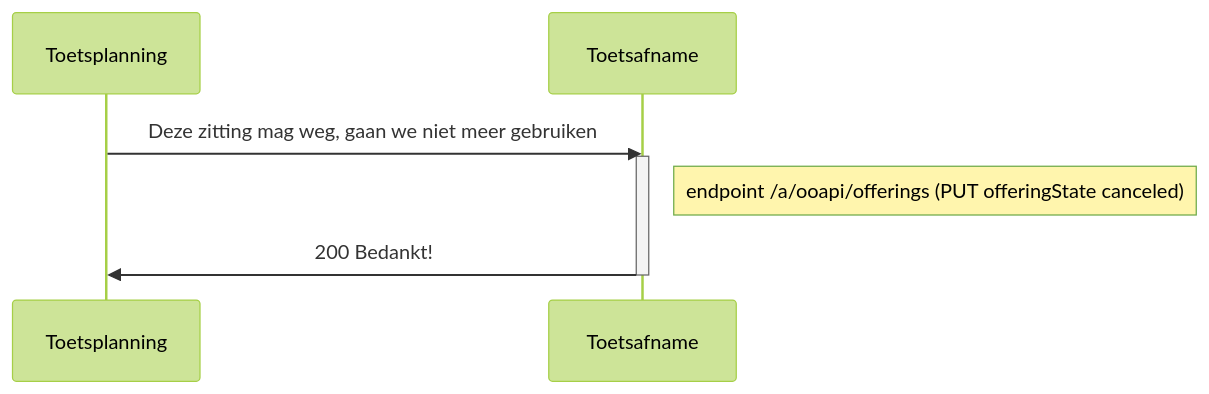
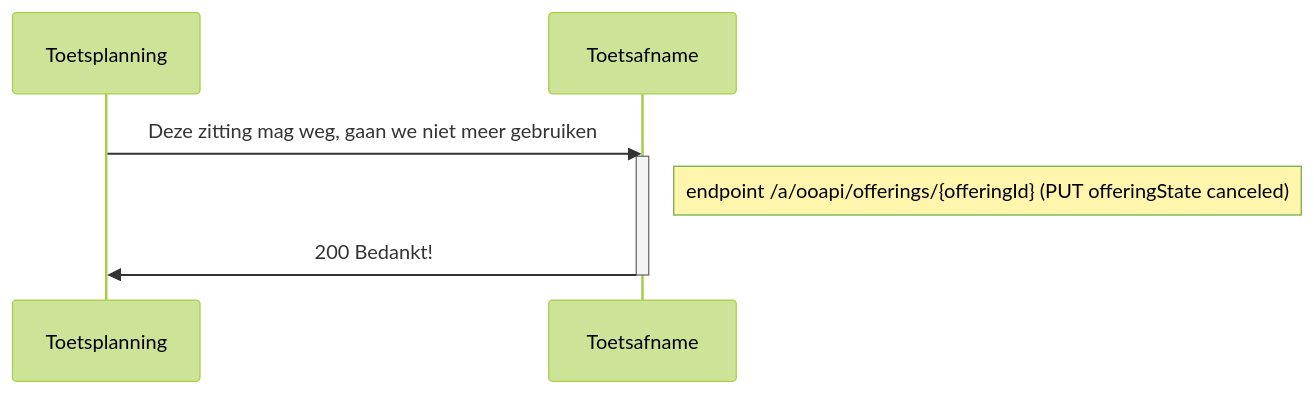
The seventh of 8 diagrams in doc/flow2.md (NetwerkExamineringDigitalisering/NED-OOAPI), drawn with Mermaid (forest theme) before and after one commit. The commit also changed other lines of this file, not shown here.

First line of the commit message:
Update flow2.md

````diff
--- a/doc/flow2.md
+++ b/doc/flow2.md
@@ -248,8 +248,8 @@
 ```mermaid
 sequenceDiagram
     Toetsplanning->>Toetsafname: Deze zitting mag weg, gaan we niet meer gebruiken
     activate Toetsafname
-    Note right of Toetsafname: endpoint /a/ooapi/offerings (PUT offeringState canceled)
+    Note right of Toetsafname: endpoint /a/ooapi/offerings/{offeringId} (PUT offeringState canceled)
     Toetsafname->>Toetsplanning: 200 Bedankt!
     deactivate Toetsafname
 ```
````
